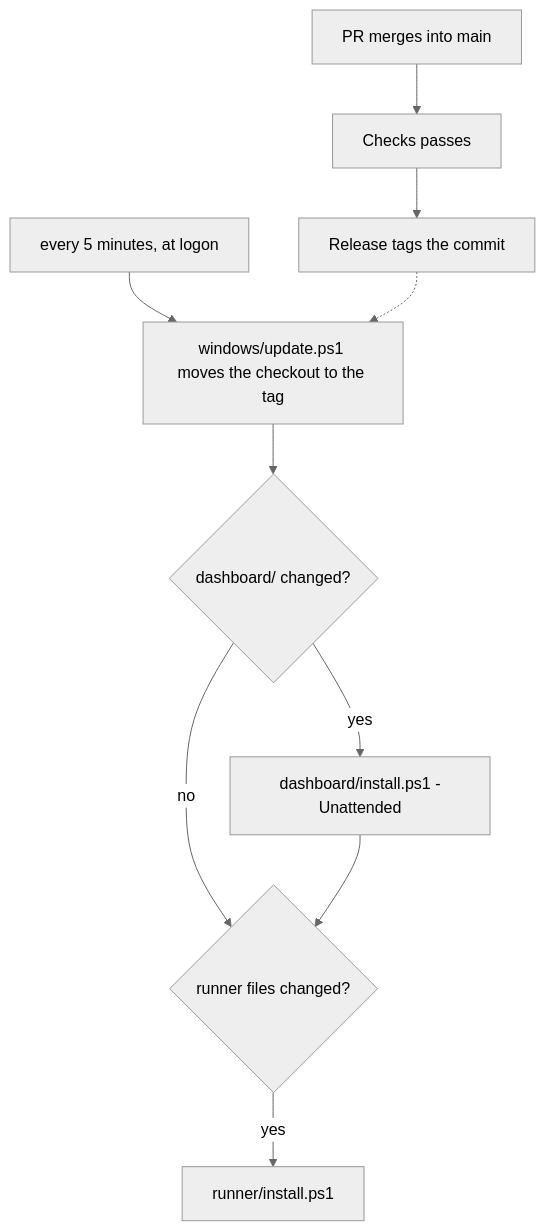
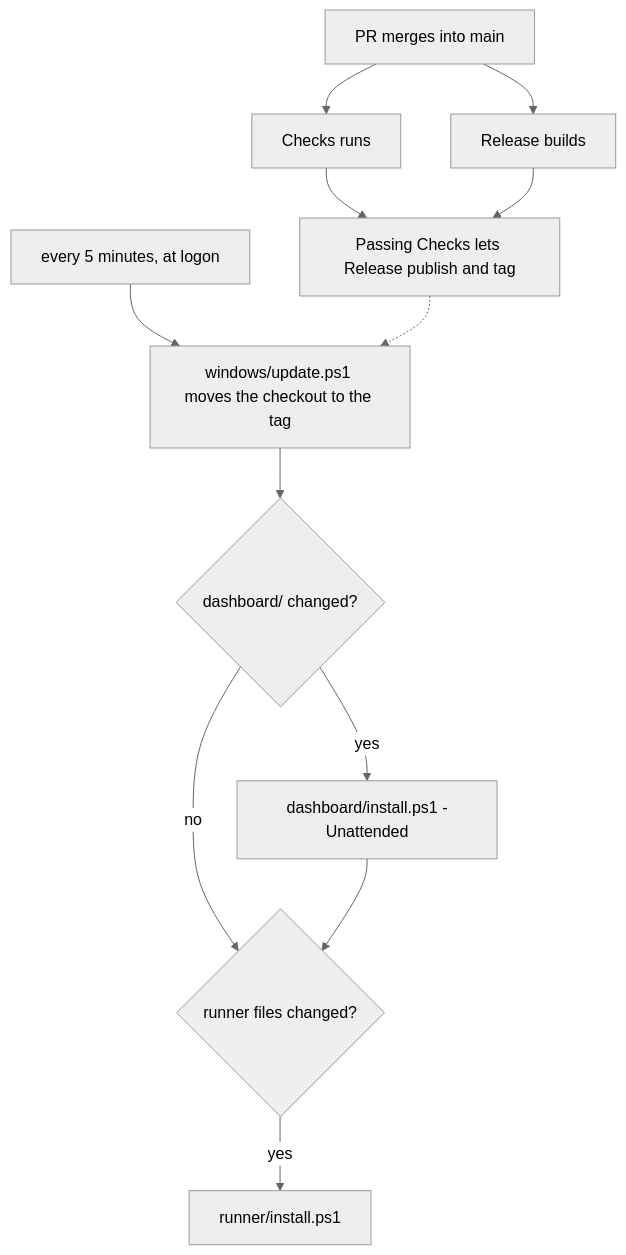
Before and after one commit to workbench-soft/local-ci: the fourth of 6 diagrams in docs/user-flows.md, drawn with Mermaid (neutral theme). The commit also changed other lines of this file and 24 other files, not shown here.

````diff
--- a/docs/user-flows.md
+++ b/docs/user-flows.md
@@ -70,12 +70,13 @@
 ```mermaid
 flowchart TD
-  A[PR merges into main] --> B[Checks passes]
-  B --> C[Release tags the commit]
+  A[PR merges into main] --> B[Checks runs]
+  A --> R[Release builds]
+  B & R --> C[Passing Checks lets Release publish and tag]
   T[every 5 minutes, at logon] --> E
   C -.-> E[windows/update.ps1 moves the checkout to the tag]
   E --> F{dashboard/ changed?}
   F -- yes --> G[dashboard/install.ps1 -Unattended]
   F -- no --> H
   G --> H{runner files changed?}
   H -- yes --> I[runner/install.ps1]
 ```
````
